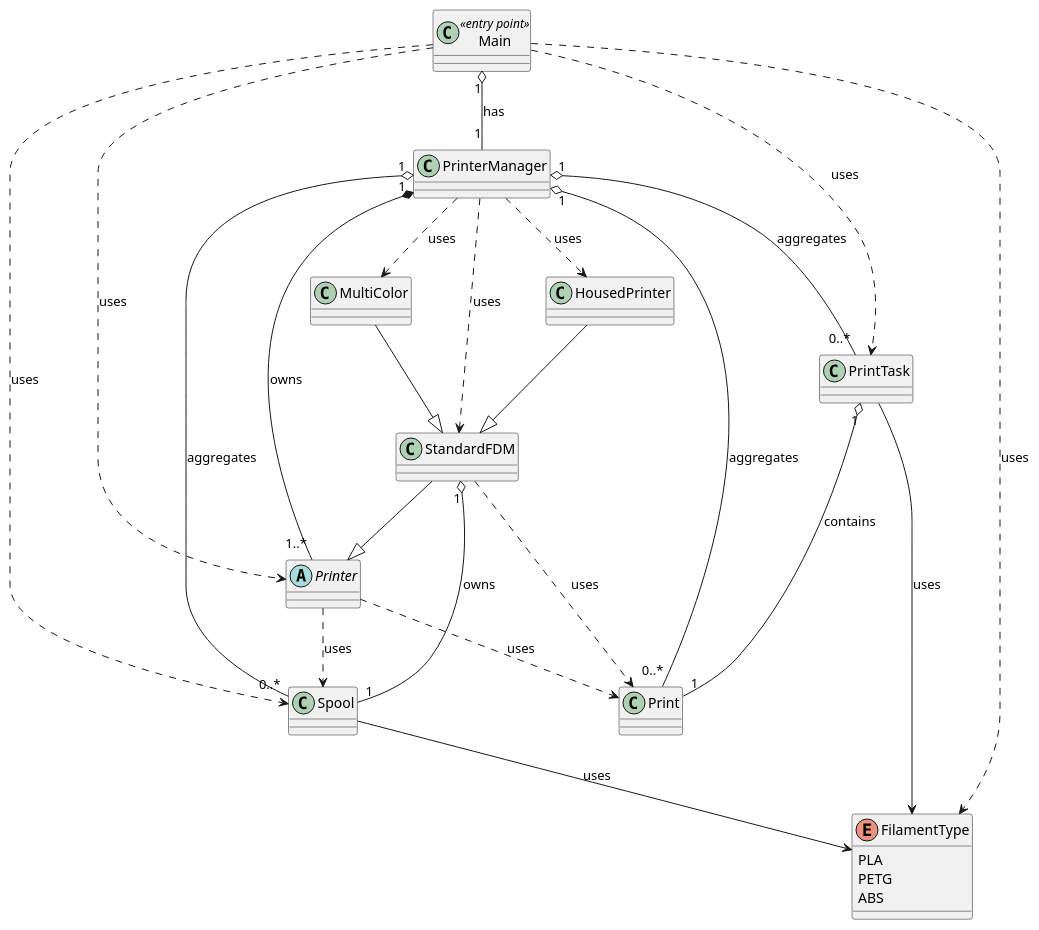
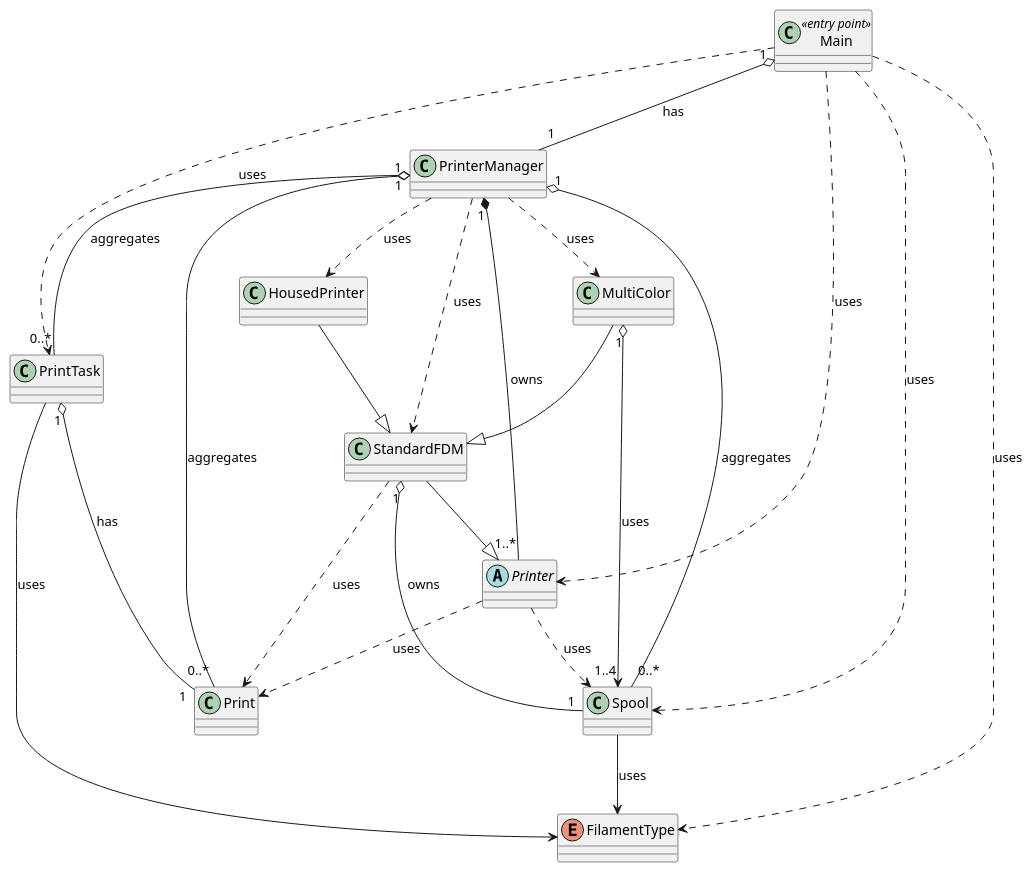
The diagram in docs/class_fixed.puml (ignatmamedov/3d-print-scheduler), drawn with PlantUML before and after one commit.

Commit message:
Fixes to Class Diagram

```diff
--- a/docs/class_fixed.puml
+++ b/docs/class_fixed.puml
@@ -1,70 +1,68 @@
 @startuml
 
 ' Entry Point Class
 class Main <<entry point>> {
 }
 
 ' Core Manager Class
 class PrinterManager {
 }
 
 ' Abstract Printer Class and Subclasses
 abstract class Printer {
 }
 
 class StandardFDM {
 }
 
 class HousedPrinter {
 }
 
 class MultiColor {
 }
 
 ' Supporting Classes
 class Print {
 }
 
 class Spool {
 }
 
 class PrintTask {
 }
 
 enum FilamentType {
-  PLA
-  PETG
-  ABS
 }
 
 ' Relationships
 Main "1" o-- "1" PrinterManager : has
 Main ..> Printer : uses
 Main ..> FilamentType : uses
 Main ..> Spool : uses
 Main ..> PrintTask : uses
 
 PrinterManager "1" *-- "1..*" Printer : owns
 PrinterManager "1" o-- "0..*" Print : aggregates
 PrinterManager "1" o-- "0..*" Spool : aggregates
 PrinterManager "1" o-- "0..*" PrintTask : aggregates
 PrinterManager ..> StandardFDM : uses
 PrinterManager ..> HousedPrinter : uses
 PrinterManager ..> MultiColor : uses
 
 Printer ..> Spool : uses
 Printer ..> Print : uses
 
 StandardFDM --|> Printer
 StandardFDM "1" o-- "1" Spool : owns
 StandardFDM ..> Print : uses
 
 HousedPrinter --|> StandardFDM
 MultiColor --|> StandardFDM
+MultiColor "1" o--> "1..4" Spool: uses
 
-PrintTask "1" o-- "1" Print : contains
+PrintTask "1" o-- "1" Print : has
 PrintTask --> FilamentType : uses
 
 Spool --> FilamentType : uses
 
 @enduml
```
